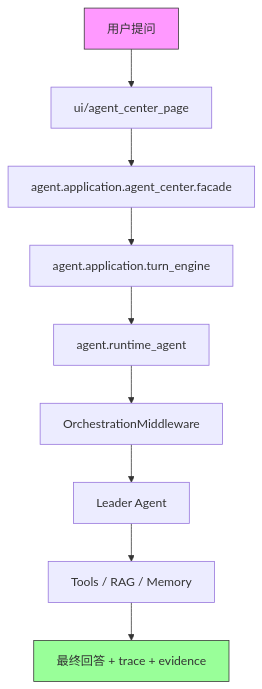
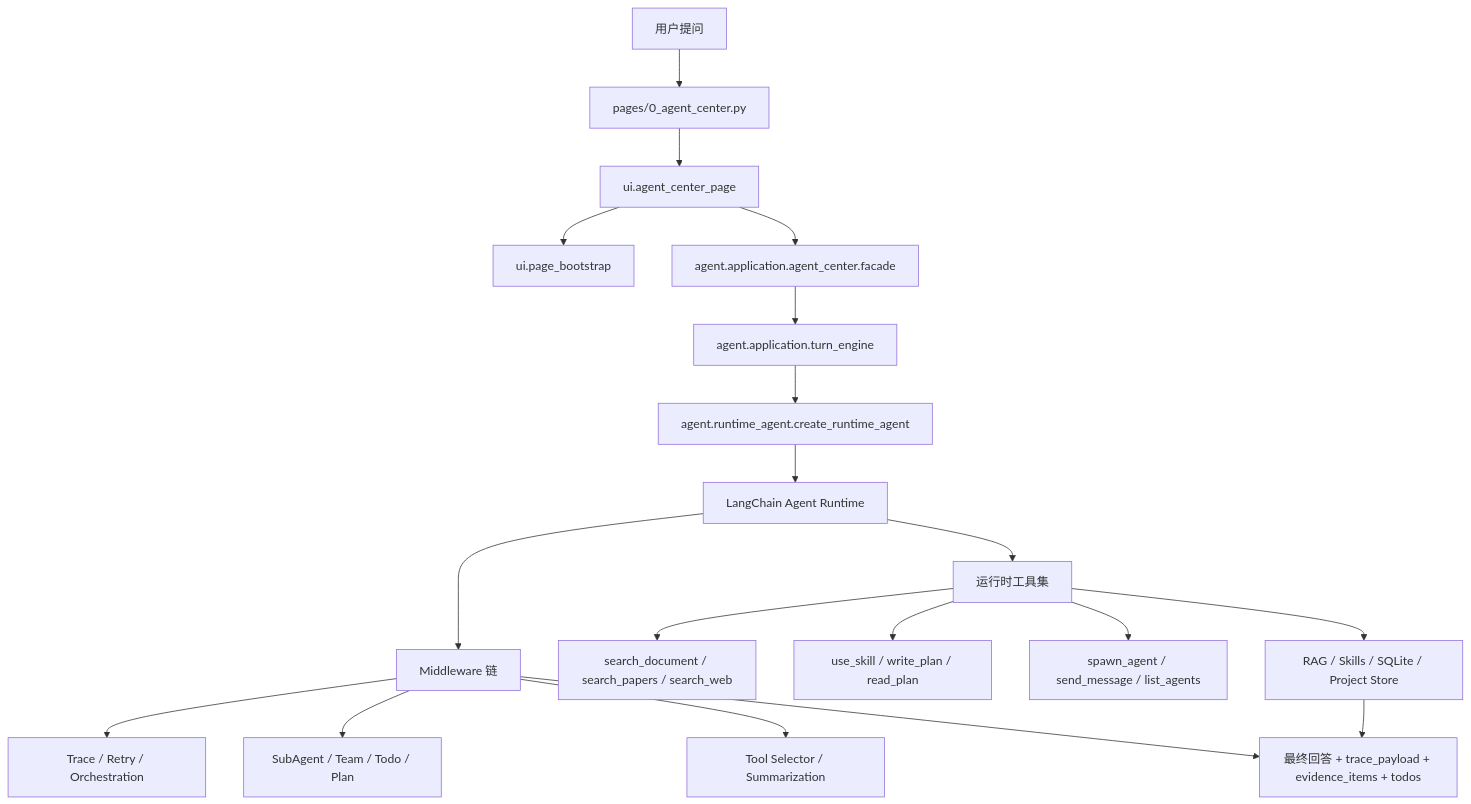
The first of 3 diagrams in README.md (0verL1nk/PaperSage), drawn with Mermaid before and after one commit. The commit also changed other lines of this file and 1 other file, not shown here.

````diff
--- a/README.md
+++ b/README.md
@@ -98,14 +97,21 @@
 ```mermaid
 flowchart TD
-    A[用户提问] --> B[ui/agent_center_page]
-    B --> C[agent.application.agent_center.facade]
-    C --> D[agent.application.turn_engine]
-    D --> E[agent.runtime_agent]
-    E --> F[OrchestrationMiddleware]
-    F --> G[Leader Agent]
-    G --> H[Tools / RAG / Memory]
-    H --> I[最终回答 + trace + evidence]
-
-    style A fill:#f9f,stroke:#333
-    style I fill:#9f9,stroke:#333
+    A[用户提问] --> B[pages/0_agent_center.py]
+    B --> C[ui.agent_center_page]
+    C --> D[ui.page_bootstrap]
+    C --> E[agent.application.agent_center.facade]
+    E --> F[agent.application.turn_engine]
+    F --> G[agent.runtime_agent.create_runtime_agent]
+    G --> H[LangChain Agent Runtime]
+    H --> I[Middleware 链]
+    I --> I1[Trace / Retry / Orchestration]
+    I --> I2[SubAgent / Team / Todo / Plan]
+    I --> I3[Tool Selector / Summarization]
+    H --> J[运行时工具集]
+    J --> J1[search_document / search_papers / search_web]
+    J --> J2[use_skill / write_plan / read_plan]
+    J --> J3[spawn_agent / send_message / list_agents]
+    J --> K[RAG / Skills / SQLite / Project Store]
+    I --> L[最终回答 + trace_payload + evidence_items + todos]
+    K --> L
 ```
````
